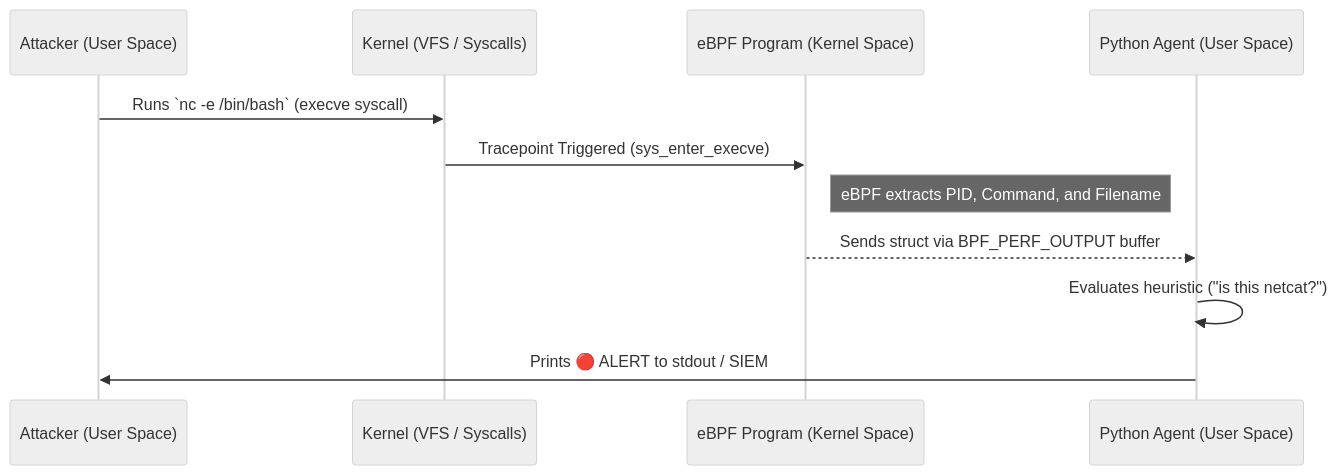
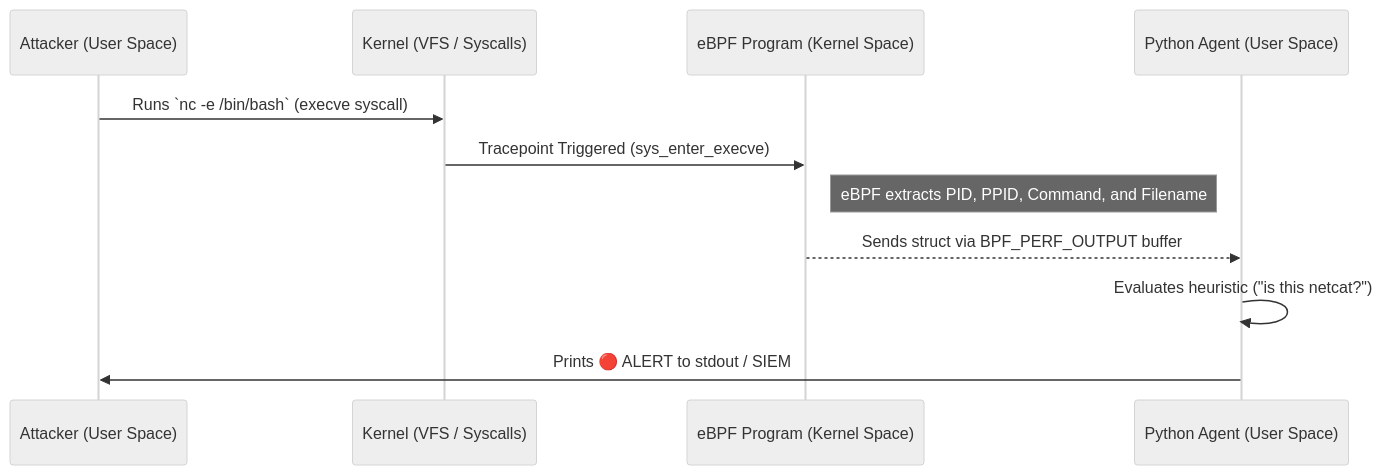
One commit to satyabhan007/linux-hpc-security changed the diagram in ebpf/ebpf_reverse_shell_lab.md. Above: the diagram before and after it, drawn with Mermaid (neutral theme). The commit also changed other lines of this file, not shown here.

Commit message:
Update eBPF lab with PPID tweaks, Clang header troubleshooting, and SOC false positive analysis

````diff
--- a/ebpf/ebpf_reverse_shell_lab.md
+++ b/ebpf/ebpf_reverse_shell_lab.md
@@ -17,14 +17,14 @@
 ```mermaid
 sequenceDiagram
     participant Attacker (User Space)
     participant Kernel (VFS / Syscalls)
     participant eBPF Program (Kernel Space)
     participant Python Agent (User Space)
 
     Attacker (User Space)->>Kernel (VFS / Syscalls): Runs `nc -e /bin/bash` (execve syscall)
     Kernel (VFS / Syscalls)->>eBPF Program (Kernel Space): Tracepoint Triggered (sys_enter_execve)
-    note right of eBPF Program (Kernel Space): eBPF extracts PID, Command, and Filename
+    note right of eBPF Program (Kernel Space): eBPF extracts PID, PPID, Command, and Filename
     eBPF Program (Kernel Space)-->>Python Agent (User Space): Sends struct via BPF_PERF_OUTPUT buffer
     Python Agent (User Space)->>Python Agent (User Space): Evaluates heuristic ("is this netcat?")
     Python Agent (User Space)->>Attacker (User Space): Prints 🔴 ALERT to stdout / SIEM
 ```
````
